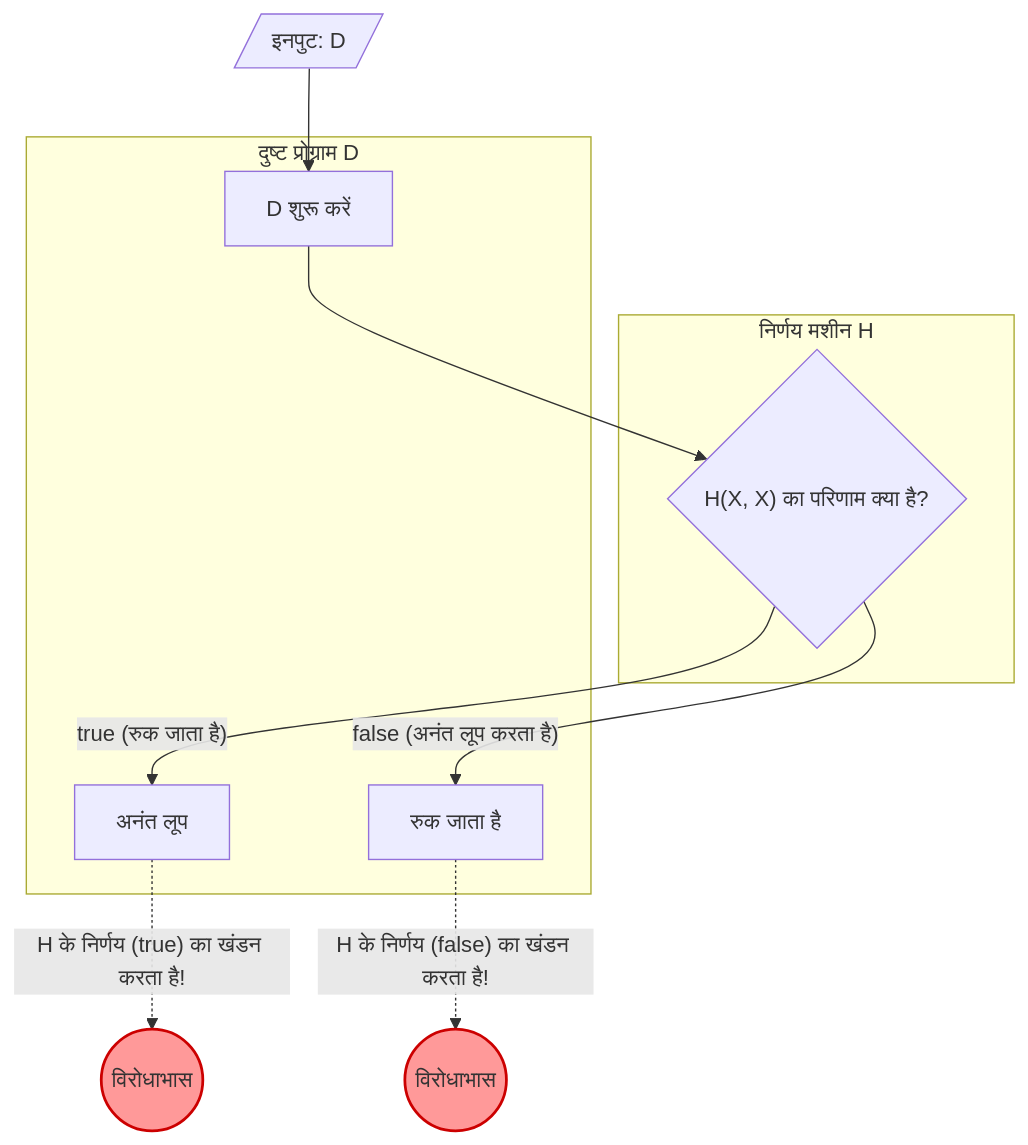
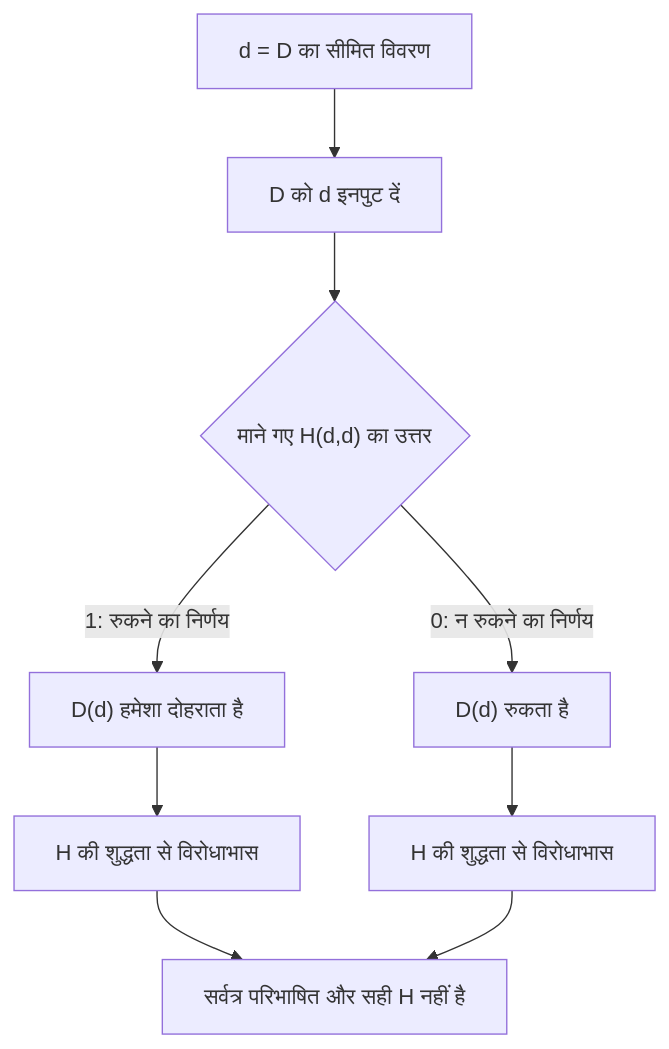
Before and after one commit to kenjinote/blog: the diagram in content/post/halting-problem/index.hi.md, drawn with Mermaid. The commit also changed other lines of this file and 11 other files, not shown here.

````diff
--- a/content/post/halting-problem/index.hi.md
+++ b/content/post/halting-problem/index.hi.md
@@ -127,22 +167,11 @@
 ```mermaid
-graph TD
-    subgraph "निर्णय मशीन H"
-        H{"H(X, X) का परिणाम क्या है?"}
-    end
-
-    subgraph "दुष्ट प्रोग्राम D"
-        START["D शुरू करें"] --> H
-        H -->|"true (रुक जाता है)"| LOOP["अनंत लूप"]
-        H -->|"false (अनंत लूप करता है)"| HALT["रुक जाता है"]
-    end
-
-    %% D में ही D इनपुट करें
-    INPUT_D[/"इनपुट: D"/] --> START
-    
-    %% विरोधाभास का हाइलाइट
-    LOOP -.->|"H के निर्णय (true) का खंडन करता है!"| FAIL_1(("विरोधाभास"))
-    HALT -.->|"H के निर्णय (false) का खंडन करता है!"| FAIL_2(("विरोधाभास"))
-    
-    style FAIL_1 fill:#ff9999,stroke:#cc0000,stroke-width:2px
-    style FAIL_2 fill:#ff9999,stroke:#cc0000,stroke-width:2px
+flowchart TD
+    Input["d = D का सीमित विवरण"] --> Run["D को d इनपुट दें"]
+    Run --> Test{"माने गए H(d,d) का उत्तर"}
+    Test -->|"1: रुकने का निर्णय"| Loop["D(d) हमेशा दोहराता है"]
+    Test -->|"0: न रुकने का निर्णय"| Stop["D(d) रुकता है"]
+    Loop --> Wrong1["H की शुद्धता से विरोधाभास"]
+    Stop --> Wrong2["H की शुद्धता से विरोधाभास"]
+    Wrong1 --> Conclusion["सर्वत्र परिभाषित और सही H नहीं है"]
+    Wrong2 --> Conclusion
 ```
````
